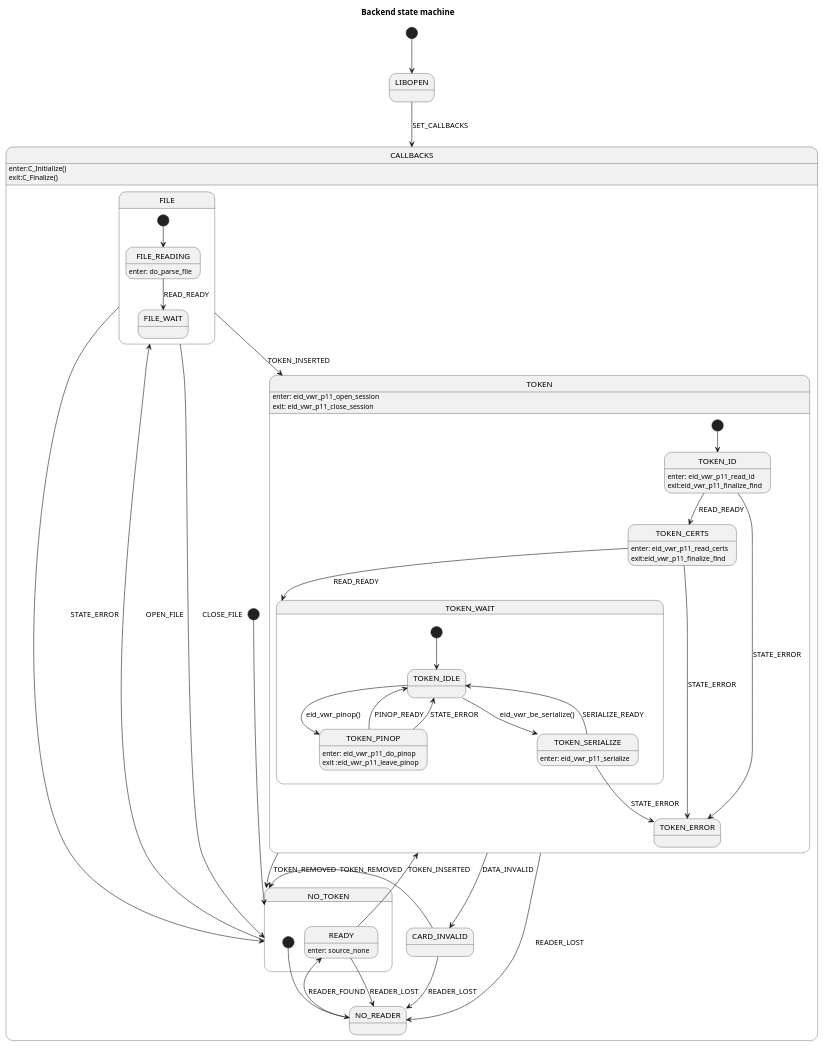
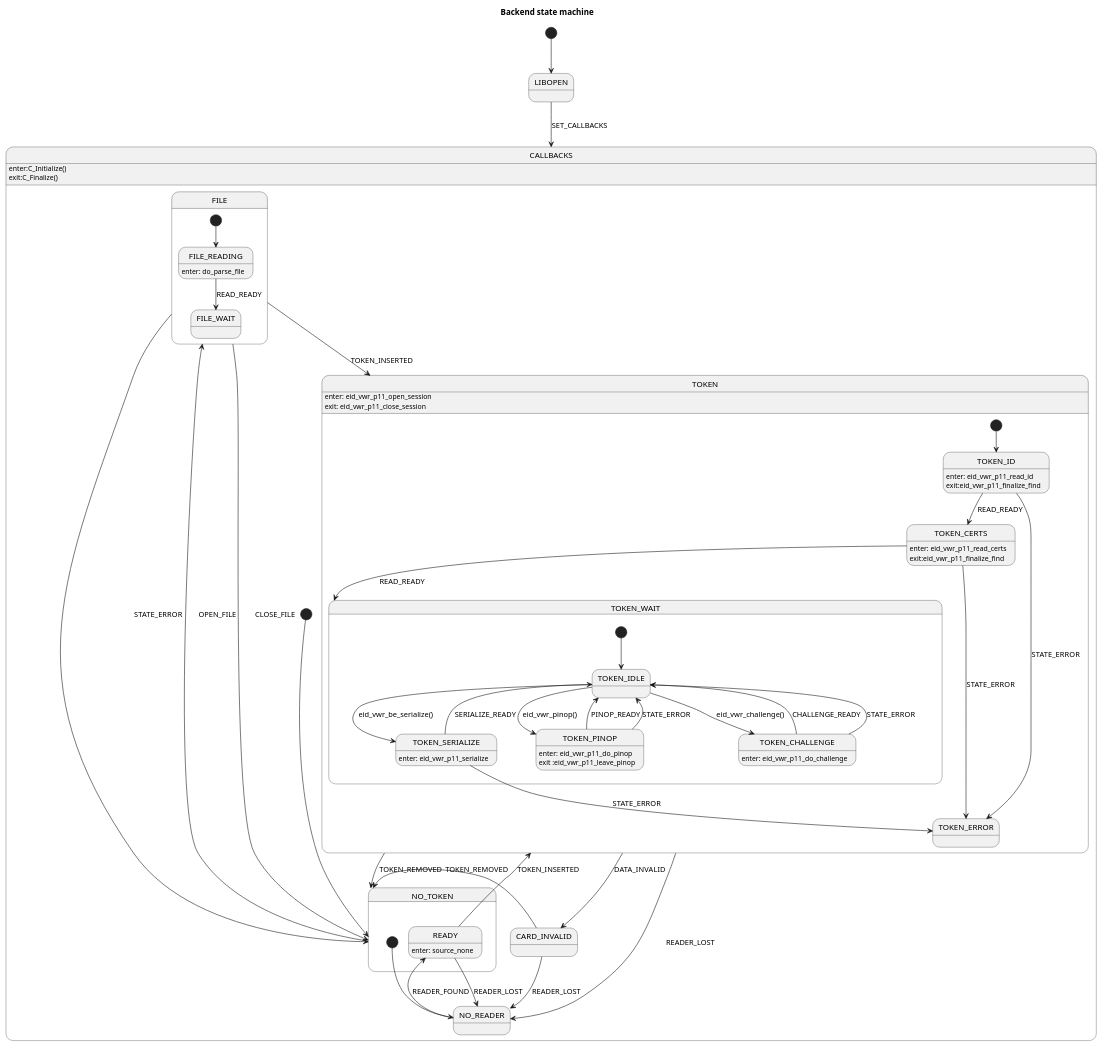
Before and after one commit to Fedict/eid-mw: the diagram in plugins_tools/eid-viewer/uml/be-statemach.puml, drawn with PlantUML. The commit also changed 2 other files, not shown here.

Commit message:
Added state TOKEN_CHALLENGE to the uml documentation of the eID Viewer Backend

```diff
--- a/plugins_tools/eid-viewer/uml/be-statemach.puml
+++ b/plugins_tools/eid-viewer/uml/be-statemach.puml
@@ -1,90 +1,95 @@
 @startuml
 title Backend state machine
 
 ' This file documents the state machine as implemented in state.c. It
 ' can be converted to a diagram by way of PlantUML, see
 ' http://plantuml.com/
 
 [*] --> LIBOPEN
 
 LIBOPEN --> CALLBACKS : SET_CALLBACKS
 
 CALLBACKS: enter:C_Initialize()\nexit:C_Finalize()
 state CALLBACKS {
   state NO_TOKEN
   state TOKEN
   state FILE
   state CARD_INVALID
 
   [*] --> NO_TOKEN
 
   NO_TOKEN --> FILE : OPEN_FILE
   FILE --> NO_TOKEN : CLOSE_FILE
   FILE --> TOKEN : TOKEN_INSERTED
   FILE --> NO_TOKEN : STATE_ERROR
   state FILE {
     [*] --> FILE_READING
     FILE_READING: enter: do_parse_file
     FILE_READING --> FILE_WAIT: READ_READY
   }
 
   TOKEN: enter: eid_vwr_p11_open_session\nexit: eid_vwr_p11_close_session
   TOKEN --> NO_TOKEN : TOKEN_REMOVED
   TOKEN -down-> CARD_INVALID : DATA_INVALID
   TOKEN --> NO_READER : READER_LOST
   CARD_INVALID --> NO_READER : READER_LOST
 ' Force the arrow to go down for layout purposes
 
   CARD_INVALID -left-> NO_TOKEN : TOKEN_REMOVED
 ' Force the arrow to go up for layout purposes
   state NO_TOKEN {
     state NO_READER
     state READY
 
     [*] --> NO_READER
     NO_READER --> READY : READER_FOUND
 
     READY --> TOKEN : TOKEN_INSERTED
     READY: enter: source_none
     READY --> NO_READER: READER_LOST
   }
 
   state TOKEN {
     state TOKEN_ID
     state TOKEN_CERTS
     state TOKEN_ERROR
     state TOKEN_WAIT
 
     [*] --> TOKEN_ID
 
     TOKEN_ID --> TOKEN_CERTS : READ_READY
     TOKEN_ID --> TOKEN_ERROR : STATE_ERROR
     TOKEN_ID: enter: eid_vwr_p11_read_id\nexit:eid_vwr_p11_finalize_find
 
     TOKEN_CERTS --> TOKEN_WAIT : READ_READY
     TOKEN_CERTS --> TOKEN_ERROR : STATE_ERROR
     TOKEN_CERTS: enter: eid_vwr_p11_read_certs\nexit:eid_vwr_p11_finalize_find
  
     state TOKEN_WAIT {
       state TOKEN_IDLE
       state TOKEN_PINOP
       state TOKEN_SERIALIZE
+	  state TOKEN_CHALLENGE
 
       [*] --> TOKEN_IDLE
 
       TOKEN_IDLE --> TOKEN_PINOP : eid_vwr_pinop()
       TOKEN_IDLE --> TOKEN_SERIALIZE : eid_vwr_be_serialize()
+	  TOKEN_IDLE --> TOKEN_CHALLENGE : eid_vwr_challenge()
 
       TOKEN_PINOP --> TOKEN_IDLE : PINOP_READY 
       TOKEN_PINOP --> TOKEN_IDLE : STATE_ERROR
       TOKEN_PINOP: enter: eid_vwr_p11_do_pinop\nexit :eid_vwr_p11_leave_pinop
 
       TOKEN_SERIALIZE --> TOKEN_IDLE : SERIALIZE_READY 
       TOKEN_SERIALIZE --> TOKEN_ERROR : STATE_ERROR
       TOKEN_SERIALIZE: enter: eid_vwr_p11_serialize
 
+      TOKEN_CHALLENGE --> TOKEN_IDLE : CHALLENGE_READY
+      TOKEN_CHALLENGE --> TOKEN_IDLE : STATE_ERROR
+	  TOKEN_CHALLENGE: enter: eid_vwr_p11_do_challenge
     }  
   }
 
 }
 @enduml
```
